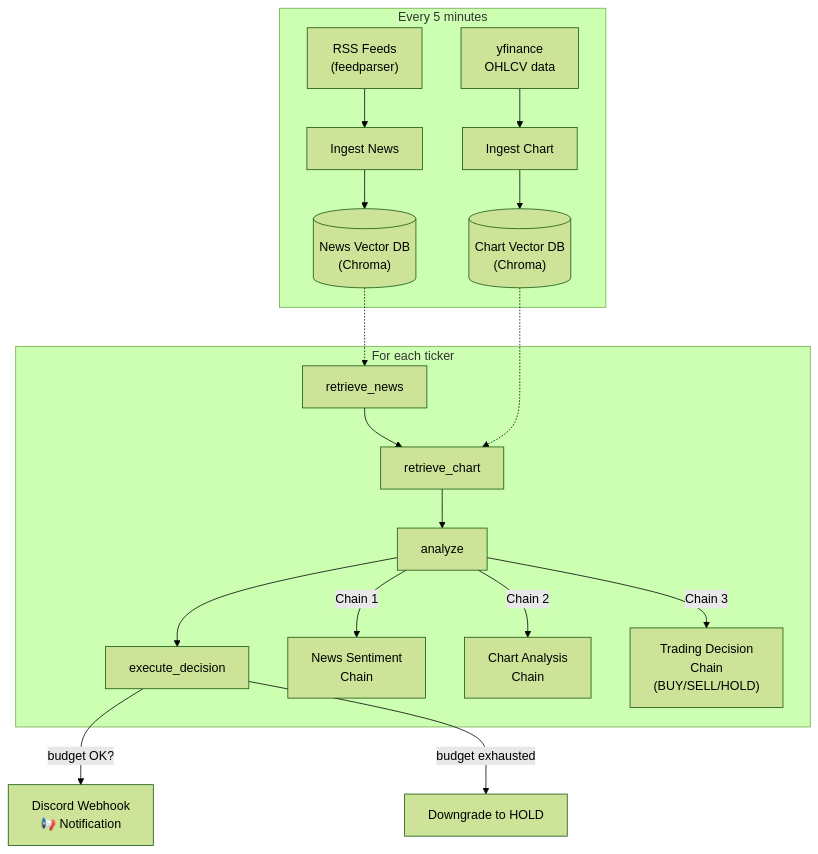
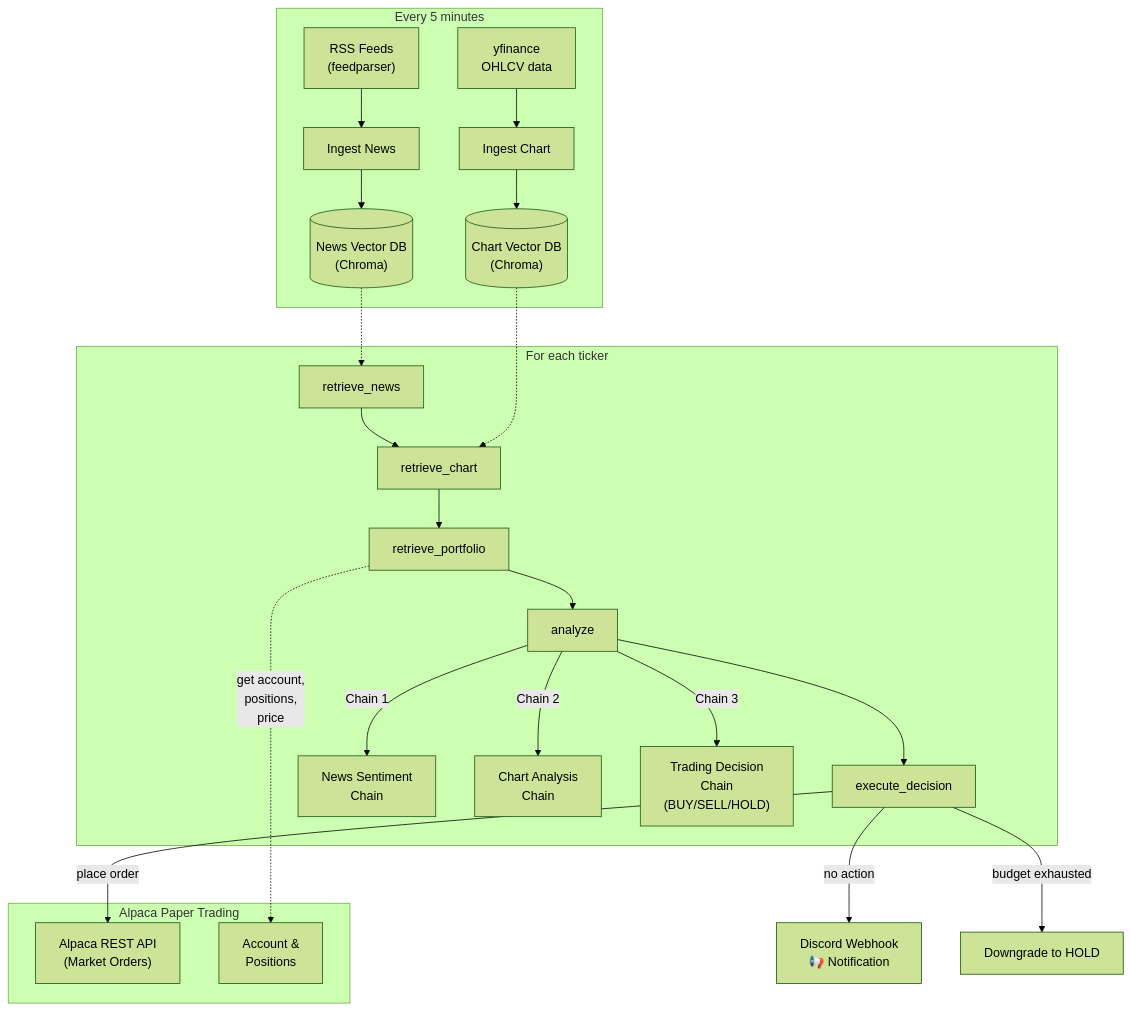
The diagram in README.md (VAnkata19/TraderAI), drawn with Mermaid (forest theme) before and after one commit. The commit also changed other lines of this file, not shown here.

````diff
--- a/README.md
+++ b/README.md
@@ -41,25 +42,33 @@
 ```mermaid
 flowchart TD
     subgraph Data Ingestion ["Every 5 minutes"]
         RSS["RSS Feeds<br/>(feedparser)"] --> NI["Ingest News"]
         YF["yfinance<br/>OHLCV data"] --> CI["Ingest Chart"]
         NI --> NVS[("News Vector DB<br/>(Chroma)")]
         CI --> CVS[("Chart Vector DB<br/>(Chroma)")]
     end
 
     subgraph LangGraph Pipeline ["For each ticker"]
         RN["retrieve_news"] --> RC["retrieve_chart"]
-        RC --> AN["analyze"]
+        RC --> RP["retrieve_portfolio"]
+        RP --> AN["analyze"]
         AN --> ED["execute_decision"]
 
         NVS -.-> RN
         CVS -.-> RC
 
         AN -->|Chain 1| NS["News Sentiment<br/>Chain"]
         AN -->|Chain 2| CS["Chart Analysis<br/>Chain"]
         AN -->|Chain 3| TD["Trading Decision<br/>Chain<br/>(BUY/SELL/HOLD)"]
     end
 
-    ED -->|"budget OK?"| DC["Discord Webhook<br/>📢 Notification"]
+    subgraph Broker ["Alpaca Paper Trading"]
+        API["Alpaca REST API<br/>(Market Orders)"]
+        POS["Account &<br/>Positions"]
+    end
+
+    RP -.->|get account,<br/>positions,<br/>price| POS
+    ED -->|place order| API
+    ED -->|"no action"| DC["Discord Webhook<br/>📢 Notification"]
     ED -->|"budget exhausted"| HOLD["Downgrade to HOLD"]
 ```
````
